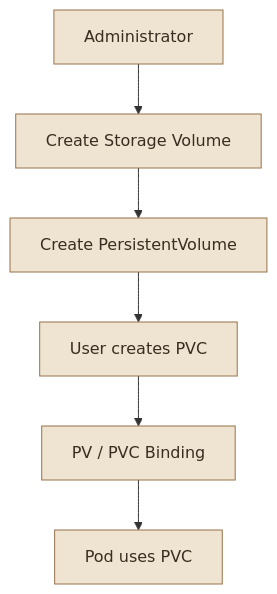
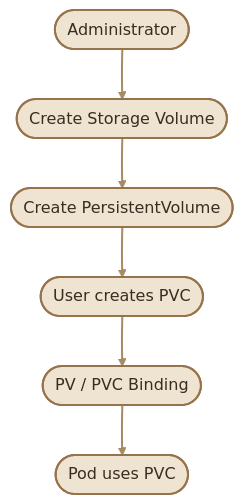
The second of 6 diagrams in content/container-orchestration/kubernetes/Storage/storage-classes.mdx (mustafammasoud/ops-handbook), drawn with Mermaid before and after one commit. The commit also changed other lines of this file and 1 other file, not shown here.

````diff
--- a/content/container-orchestration/kubernetes/Storage/storage-classes.mdx
+++ b/content/container-orchestration/kubernetes/Storage/storage-classes.mdx
@@ -106,11 +108,14 @@
 ```mermaid
 flowchart TD
-    A["Administrator"] --> B["Create Storage Volume"]
-    B --> C["Create PersistentVolume"]
-    C --> D["User creates PVC"]
-    D --> E["PV / PVC Binding"]
-    E --> F["Pod uses PVC"]
+    A(["Administrator"]) --> B(["Create Storage Volume"])
+    B --> C(["Create PersistentVolume"])
+    C --> D(["User creates PVC"])
+    D --> E(["PV / PVC Binding"])
+    E --> F(["Pod uses PVC"])
 
-    classDef step fill:#efe4d1,stroke:#96734b,color:#382d20
+    classDef step fill:#efe4d1,stroke:#96734b,color:#382d20,stroke-width:2px
+
     class A,B,C,D,E,F step
+
+    linkStyle default stroke:#a58a64,stroke-width:2px
 ```
````
